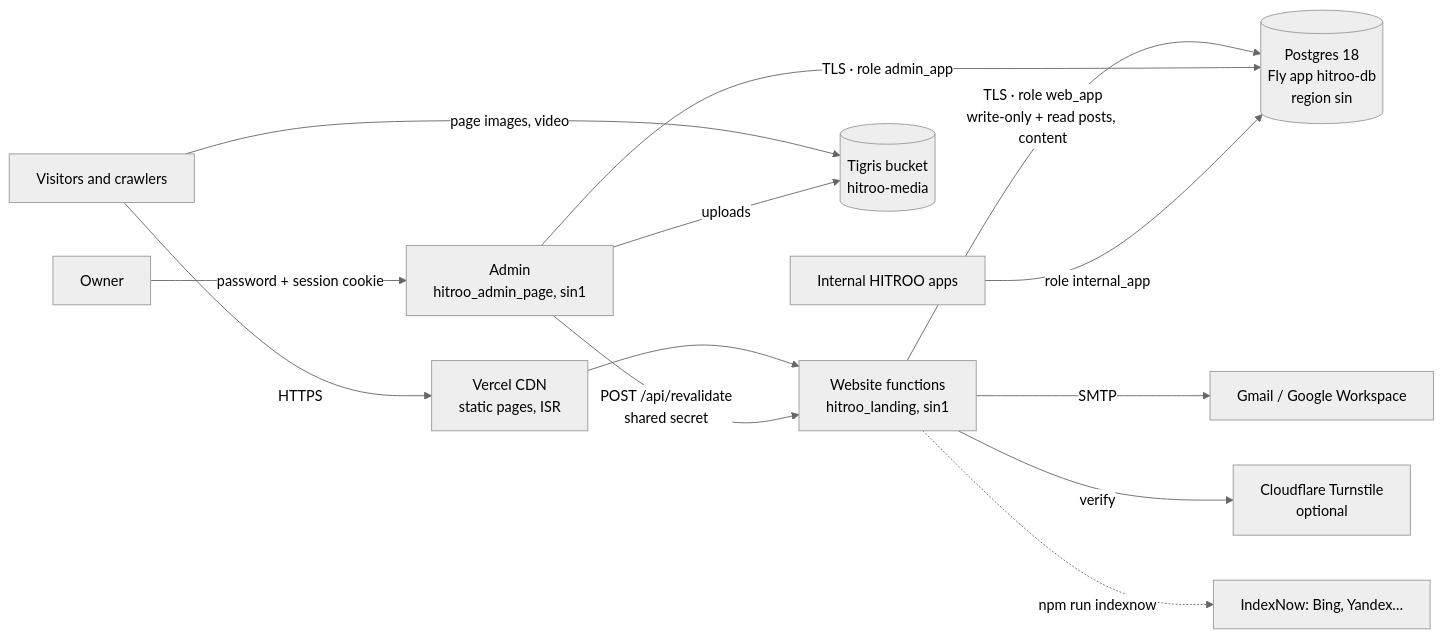
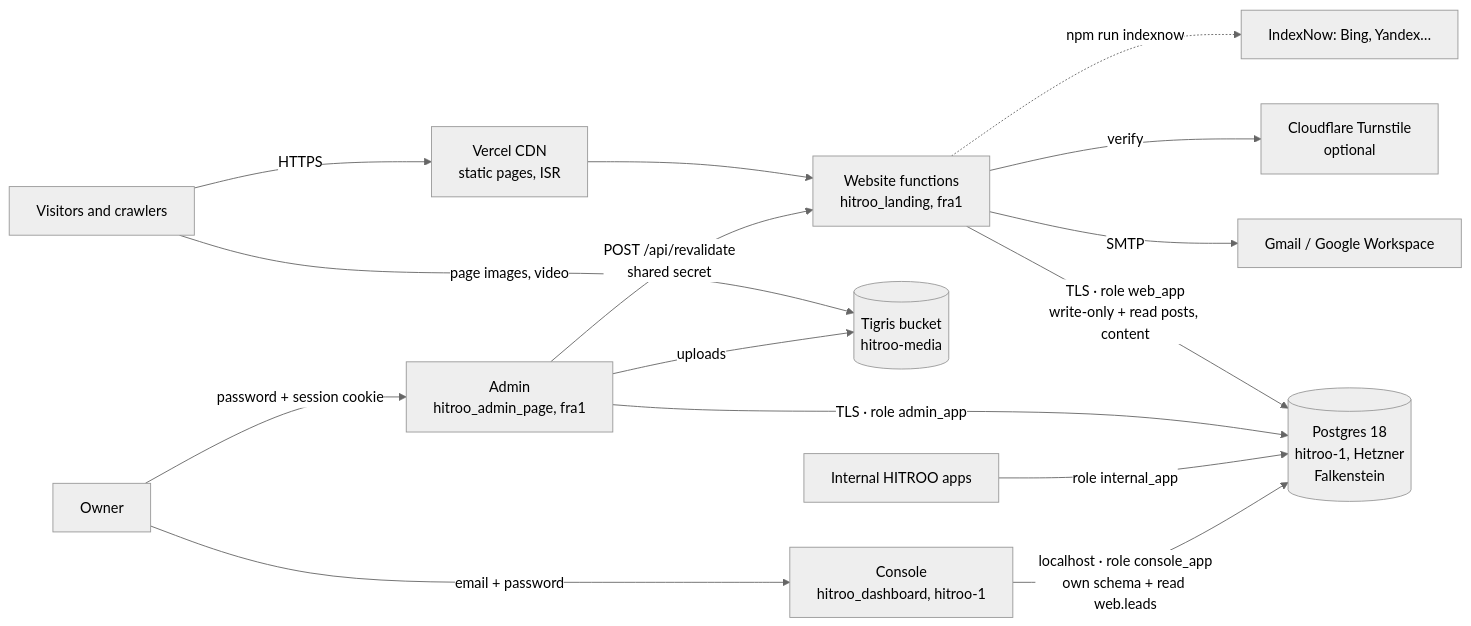
Before and after one commit to rohitmenonhart-xhunter/hitroo-landing: the diagram in ARCHITECTURE.md, drawn with Mermaid (neutral theme). The commit also changed other lines of this file and 8 other files, not shown here.

First line of the commit message:
The database moves to hitroo-1 (db.hitroo.com); functions to Frankfurt

````diff
--- a/ARCHITECTURE.md
+++ b/ARCHITECTURE.md
@@ -15,15 +16,17 @@
 ```mermaid
 flowchart LR
   V[Visitors and crawlers] -->|HTTPS| E[Vercel CDN<br/>static pages, ISR]
-  E --> F[Website functions<br/>hitroo_landing, sin1]
-  F -->|TLS · role web_app<br/>write-only + read posts, content| DB[(Postgres 18<br/>Fly app hitroo-db<br/>region sin)]
+  E --> F[Website functions<br/>hitroo_landing, fra1]
+  F -->|TLS · role web_app<br/>write-only + read posts, content| DB[(Postgres 18<br/>hitroo-1, Hetzner<br/>Falkenstein)]
   V -->|page images, video| S[(Tigris bucket<br/>hitroo-media)]
   AD -->|uploads| S
   F -->|SMTP| G[Gmail / Google Workspace]
   F -->|verify| T[Cloudflare Turnstile<br/>optional]
-  O[Owner] -->|password + session cookie| AD[Admin<br/>hitroo_admin_page, sin1]
+  O[Owner] -->|password + session cookie| AD[Admin<br/>hitroo_admin_page, fra1]
   AD -->|TLS · role admin_app| DB
   AD -->|POST /api/revalidate<br/>shared secret| F
   I[Internal HITROO apps] -->|role internal_app| DB
+  O -->|email + password| C[Console<br/>hitroo_dashboard, hitroo-1]
+  C -->|localhost · role console_app<br/>own schema + read web.leads| DB
   F -.->|npm run indexnow| B[IndexNow: Bing, Yandex…]
 ```
````
